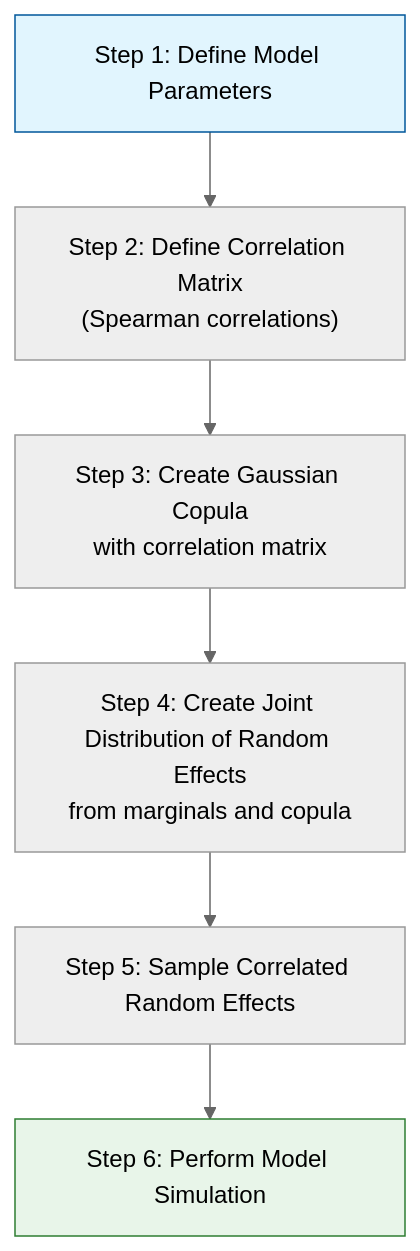
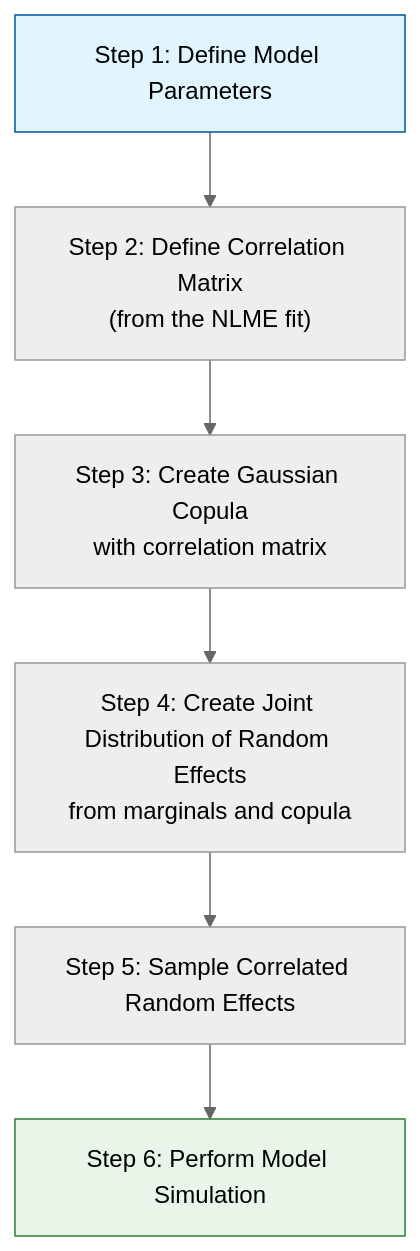
The diagram in tutorials/hbv_04_copula_vpop_tutorial.qmd (PumasAI-Labs/PumasInSilicoClinicalTrials), drawn with Mermaid (neutral theme) before and after one commit. The commit also changed other lines of this file and 3 other files, not shown here.

First line of the commit message:
Fix Pearson vs Spearman correlation framing in copula tutorials

````diff
--- a/tutorials/hbv_04_copula_vpop_tutorial.qmd
+++ b/tutorials/hbv_04_copula_vpop_tutorial.qmd
@@ -366,12 +366,12 @@
 ```{mermaid}
 %%| echo: false
 flowchart TB
-    A["Step 1: Define Model Parameters"] --> B["Step 2: Define Correlation Matrix<br/>(Spearman correlations)"]
+    A["Step 1: Define Model Parameters"] --> B["Step 2: Define Correlation Matrix<br/>(from the NLME fit)"]
     B --> C["Step 3: Create Gaussian Copula<br/>with correlation matrix"]
     C --> D["Step 4: Create Joint Distribution of Random Effects<br/>from marginals and copula"]
     D --> E["Step 5: Sample Correlated Random Effects"]
     E --> F["Step 6: Perform Model Simulation"]
 
     style A fill:#e1f5fe,stroke:#01579b
     style F fill:#e8f5e9,stroke:#2e7d32
 ```
````
